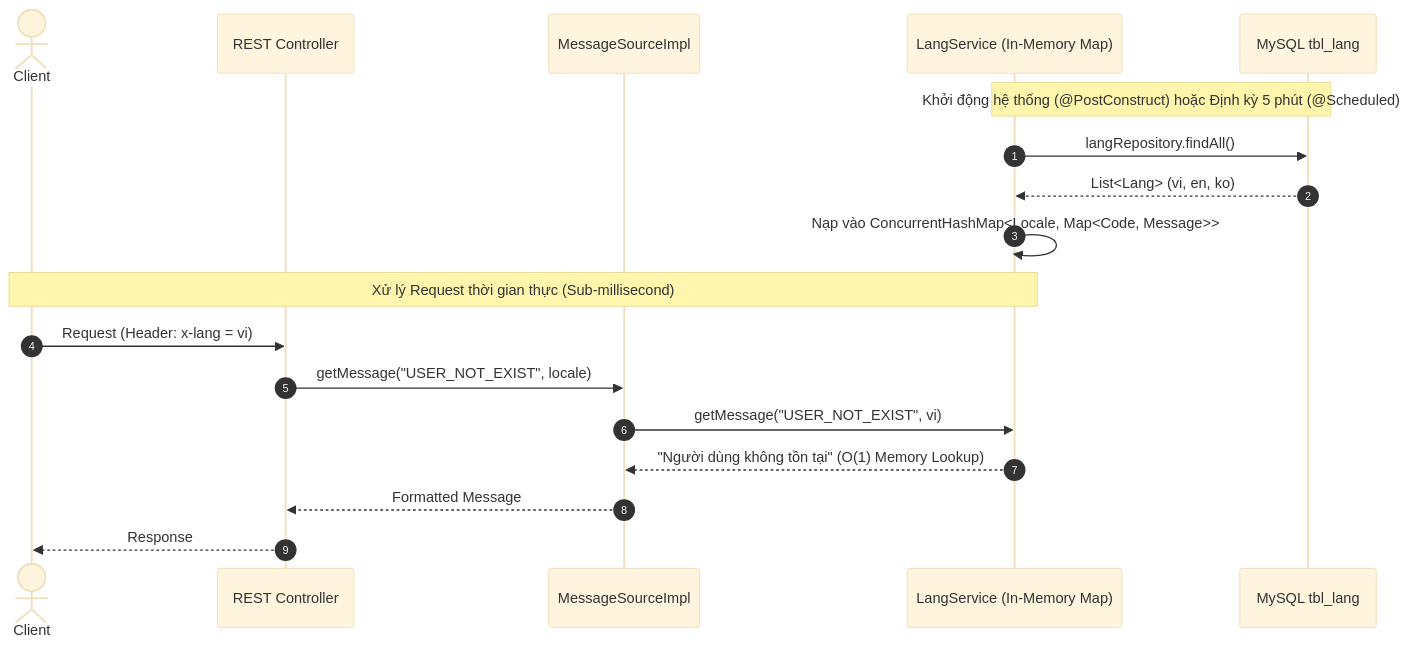
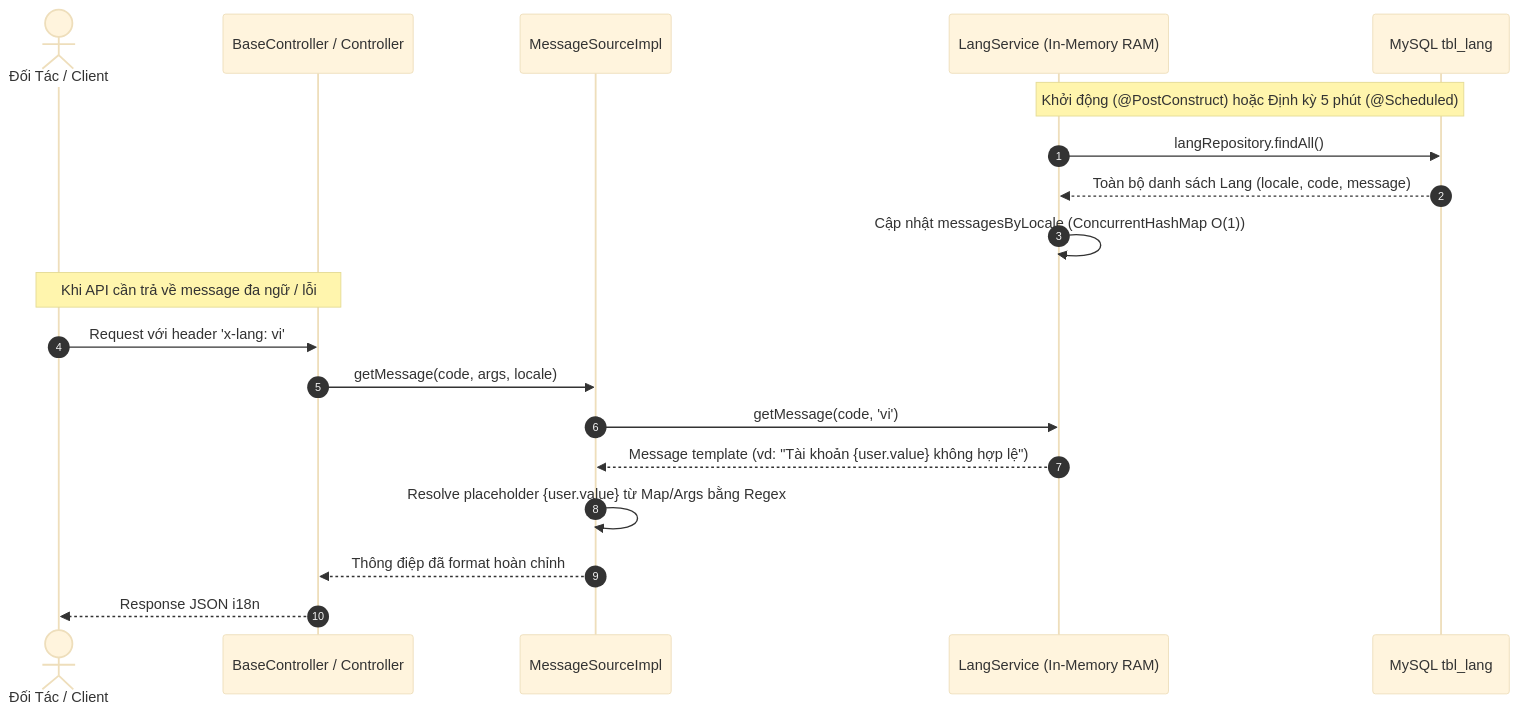
The seventh of 8 diagrams in 02_BASE_AND_CONFIG_ARCHITECTURE_ANALYSIS.md (TienDat-Vna/note_book), drawn with Mermaid (base theme) before and after one commit. The commit also changed other lines of this file and 93 other files, not shown here.

````diff
--- a/02_BASE_AND_CONFIG_ARCHITECTURE_ANALYSIS.md
+++ b/02_BASE_AND_CONFIG_ARCHITECTURE_ANALYSIS.md
@@ -243,22 +441,23 @@
 ```mermaid
 sequenceDiagram
     autonumber
-    actor Client
-    participant Controller as REST Controller
+    actor Client as Đối Tác / Client
+    participant Controller as BaseController / Controller
     participant MS as MessageSourceImpl
-    participant LS as LangService (In-Memory Map)
+    participant LS as LangService (In-Memory RAM)
     participant DB as MySQL tbl_lang
     
-    Note over LS,DB: Khởi động hệ thống (@PostConstruct) hoặc Định kỳ 5 phút (@Scheduled)
+    Note over LS,DB: Khởi động (@PostConstruct) hoặc Định kỳ 5 phút (@Scheduled)
     LS->>DB: langRepository.findAll()
-    DB-->>LS: List<Lang> (vi, en, ko)
-    LS->>LS: Nạp vào ConcurrentHashMap<Locale, Map<Code, Message>>
+    DB-->>LS: Toàn bộ danh sách Lang (locale, code, message)
+    LS->>LS: Cập nhật messagesByLocale (ConcurrentHashMap O(1))
     
-    Note over Client,LS: Xử lý Request thời gian thực (Sub-millisecond)
-    Client->>Controller: Request (Header: x-lang = vi)
-    Controller->>MS: getMessage("USER_NOT_EXIST", locale)
-    MS->>LS: getMessage("USER_NOT_EXIST", vi)
-    LS-->>MS: "Người dùng không tồn tại" (O(1) Memory Lookup)
-    MS-->>Controller: Formatted Message
-    Controller-->>Client: Response
+    Note over Client,Controller: Khi API cần trả về message đa ngữ / lỗi
+    Client->>Controller: Request với header 'x-lang: vi'
+    Controller->>MS: getMessage(code, args, locale)
+    MS->>LS: getMessage(code, 'vi')
+    LS-->>MS: Message template (vd: "Tài khoản {user.value} không hợp lệ")
+    MS->>MS: Resolve placeholder {user.value} từ Map/Args bằng Regex
+    MS-->>Controller: Thông điệp đã format hoàn chỉnh
+    Controller-->>Client: Response JSON i18n
 ```
````
